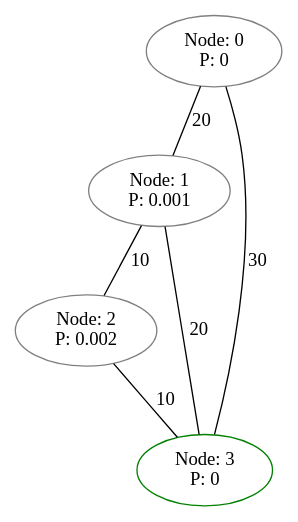
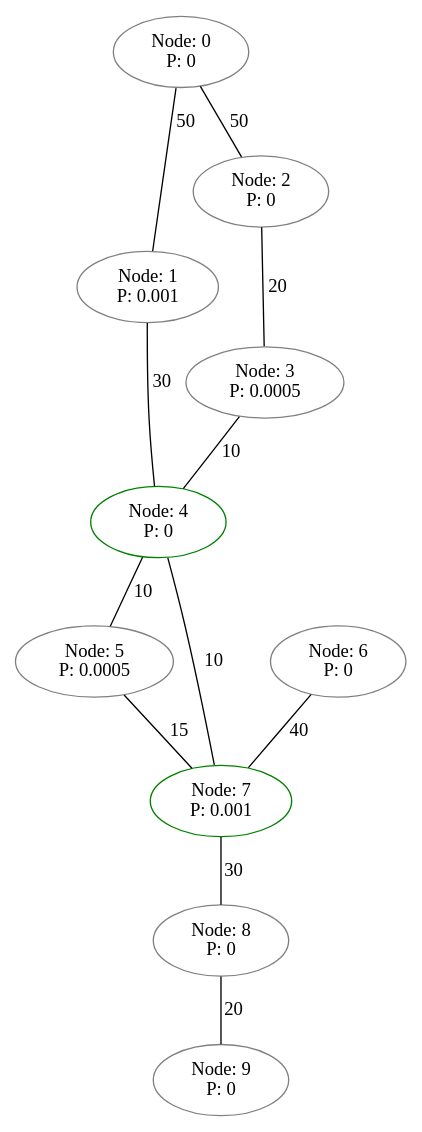
The diagram in doctest-output/Map.gv (augustSoderberg/thesis), drawn with Graphviz before and after one commit. The commit also changed 6 other files, not shown here.

```diff
--- a/doctest-output/Map.gv
+++ b/doctest-output/Map.gv
@@ -1,15 +1,33 @@
 graph Map {
 	0 [label="Node: 0
 P: 0" color=grey]
 	1 [label="Node: 1
 P: 0.001" color=grey]
 	2 [label="Node: 2
-P: 0.002" color=grey]
+P: 0" color=grey]
 	3 [label="Node: 3
+P: 0.0005" color=grey]
+	4 [label="Node: 4
 P: 0" color=green]
-	0 -- 1 [label=20]
-	0 -- 3 [label=30]
-	1 -- 2 [label=10]
-	1 -- 3 [label=20]
-	2 -- 3 [label=10]
+	5 [label="Node: 5
+P: 0.0005" color=grey]
+	6 [label="Node: 6
+P: 0" color=grey]
+	7 [label="Node: 7
+P: 0.001" color=green]
+	8 [label="Node: 8
+P: 0" color=grey]
+	9 [label="Node: 9
+P: 0" color=grey]
+	0 -- 1 [label=50]
+	0 -- 2 [label=50]
+	1 -- 4 [label=30]
+	2 -- 3 [label=20]
+	3 -- 4 [label=10]
+	4 -- 5 [label=10]
+	4 -- 7 [label=10]
+	5 -- 7 [label=15]
+	6 -- 7 [label=40]
+	7 -- 8 [label=30]
+	8 -- 9 [label=20]
 }
```
